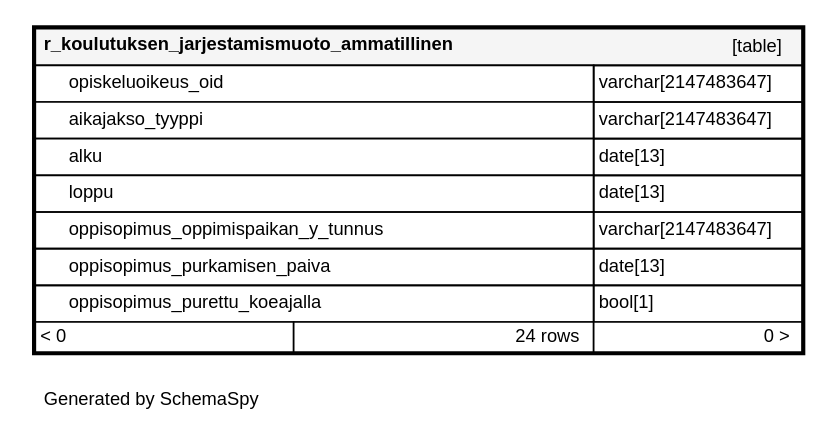
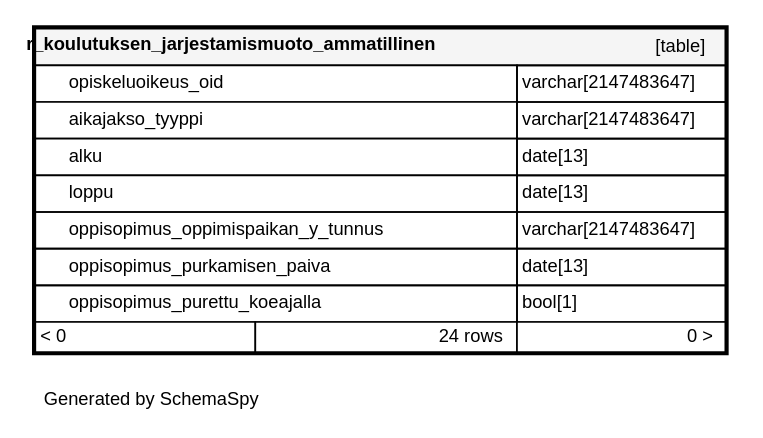
The diagram in documentation/tietokantaskeemat/koski-raportointikanta/diagrams/tables/r_koulutuksen_jarjestamismuoto__e7f45a0d.1degree.dot (Opetushallitus/koski), drawn with Graphviz before and after one commit. The commit also changed 248 other files, not shown here.

```diff
--- a/documentation/tietokantaskeemat/koski-raportointikanta/diagrams/tables/r_koulutuksen_jarjestamismuoto__e7f45a0d.1degree.dot
+++ b/documentation/tietokantaskeemat/koski-raportointikanta/diagrams/tables/r_koulutuksen_jarjestamismuoto__e7f45a0d.1degree.dot
@@ -1,20 +1,20 @@
 digraph "oneDegreeRelationshipsDiagram" {
   graph [    rankdir="RL"    bgcolor="#ffffff"    label="\nGenerated by SchemaSpy"    labeljust="l"    nodesep="0.18"    ranksep="0.46"    fontname="Helvetica"    fontsize="11"    ration="compress"  ];  node [    fontname="Helvetica"    fontsize="11"    shape="plaintext"  ];  edge [    arrowsize="0.8"  ];
   "r_koulutuksen_jarjestamismuoto_ammatillinen" [
    label=<
     <TABLE BORDER="2" CELLBORDER="1" CELLSPACING="0" BGCOLOR="#ffffff">
-      <TR><TD COLSPAN="4"  BGCOLOR="#f5f5f5"><TABLE BORDER="0" CELLSPACING="0"><TR><TD ALIGN="LEFT" FIXEDSIZE="TRUE" WIDTH="314" HEIGHT="16"><B>r_koulutuksen_jarjestamismuoto_ammatillinen</B></TD><TD ALIGN="RIGHT">[table]</TD></TR></TABLE></TD></TR>
-      <TR><TD PORT="opiskeluoikeus_oid" COLSPAN="2" BGCOLOR="#ffffff" ALIGN="LEFT"><TABLE BORDER="0" CELLSPACING="0" ALIGN="LEFT"><TR ALIGN="LEFT"><TD ALIGN="LEFT" FIXEDSIZE="TRUE" WIDTH="15" HEIGHT="16"></TD><TD ALIGN="LEFT" FIXEDSIZE="TRUE" WIDTH="314" HEIGHT="16">opiskeluoikeus_oid</TD></TR></TABLE></TD><TD PORT="opiskeluoikeus_oid.type" ALIGN="LEFT">varchar[2147483647]</TD></TR>
-      <TR><TD PORT="aikajakso_tyyppi" COLSPAN="2" BGCOLOR="#ffffff" ALIGN="LEFT"><TABLE BORDER="0" CELLSPACING="0" ALIGN="LEFT"><TR ALIGN="LEFT"><TD ALIGN="LEFT" FIXEDSIZE="TRUE" WIDTH="15" HEIGHT="16"></TD><TD ALIGN="LEFT" FIXEDSIZE="TRUE" WIDTH="314" HEIGHT="16">aikajakso_tyyppi</TD></TR></TABLE></TD><TD PORT="aikajakso_tyyppi.type" ALIGN="LEFT">varchar[2147483647]</TD></TR>
-      <TR><TD PORT="alku" COLSPAN="2" BGCOLOR="#ffffff" ALIGN="LEFT"><TABLE BORDER="0" CELLSPACING="0" ALIGN="LEFT"><TR ALIGN="LEFT"><TD ALIGN="LEFT" FIXEDSIZE="TRUE" WIDTH="15" HEIGHT="16"></TD><TD ALIGN="LEFT" FIXEDSIZE="TRUE" WIDTH="314" HEIGHT="16">alku</TD></TR></TABLE></TD><TD PORT="alku.type" ALIGN="LEFT">date[13]</TD></TR>
-      <TR><TD PORT="loppu" COLSPAN="2" BGCOLOR="#ffffff" ALIGN="LEFT"><TABLE BORDER="0" CELLSPACING="0" ALIGN="LEFT"><TR ALIGN="LEFT"><TD ALIGN="LEFT" FIXEDSIZE="TRUE" WIDTH="15" HEIGHT="16"></TD><TD ALIGN="LEFT" FIXEDSIZE="TRUE" WIDTH="314" HEIGHT="16">loppu</TD></TR></TABLE></TD><TD PORT="loppu.type" ALIGN="LEFT">date[13]</TD></TR>
-      <TR><TD PORT="oppisopimus_oppimispaikan_y_tunnus" COLSPAN="2" ALIGN="LEFT"><TABLE BORDER="0" CELLSPACING="0" ALIGN="LEFT"><TR ALIGN="LEFT"><TD ALIGN="LEFT" FIXEDSIZE="TRUE" WIDTH="15" HEIGHT="16"></TD><TD ALIGN="LEFT" FIXEDSIZE="TRUE" WIDTH="314" HEIGHT="16">oppisopimus_oppimispaikan_y_tunnus</TD></TR></TABLE></TD><TD PORT="oppisopimus_oppimispaikan_y_tunnus.type" ALIGN="LEFT">varchar[2147483647]</TD></TR>
-      <TR><TD PORT="oppisopimus_purkamisen_paiva" COLSPAN="2" ALIGN="LEFT"><TABLE BORDER="0" CELLSPACING="0" ALIGN="LEFT"><TR ALIGN="LEFT"><TD ALIGN="LEFT" FIXEDSIZE="TRUE" WIDTH="15" HEIGHT="16"></TD><TD ALIGN="LEFT" FIXEDSIZE="TRUE" WIDTH="314" HEIGHT="16">oppisopimus_purkamisen_paiva</TD></TR></TABLE></TD><TD PORT="oppisopimus_purkamisen_paiva.type" ALIGN="LEFT">date[13]</TD></TR>
-      <TR><TD PORT="oppisopimus_purettu_koeajalla" COLSPAN="2" ALIGN="LEFT"><TABLE BORDER="0" CELLSPACING="0" ALIGN="LEFT"><TR ALIGN="LEFT"><TD ALIGN="LEFT" FIXEDSIZE="TRUE" WIDTH="15" HEIGHT="16"></TD><TD ALIGN="LEFT" FIXEDSIZE="TRUE" WIDTH="314" HEIGHT="16">oppisopimus_purettu_koeajalla</TD></TR></TABLE></TD><TD PORT="oppisopimus_purettu_koeajalla.type" ALIGN="LEFT">bool[1]</TD></TR>
+      <TR><TD COLSPAN="4"  BGCOLOR="#f5f5f5"><TABLE BORDER="0" CELLSPACING="0"><TR><TD ALIGN="LEFT" FIXEDSIZE="TRUE" WIDTH="268" HEIGHT="16"><B>r_koulutuksen_jarjestamismuoto_ammatillinen</B></TD><TD ALIGN="RIGHT">[table]</TD></TR></TABLE></TD></TR>
+      <TR><TD PORT="opiskeluoikeus_oid" COLSPAN="2" BGCOLOR="#ffffff" ALIGN="LEFT"><TABLE BORDER="0" CELLSPACING="0" ALIGN="LEFT"><TR ALIGN="LEFT"><TD ALIGN="LEFT" FIXEDSIZE="TRUE" WIDTH="15" HEIGHT="16"></TD><TD ALIGN="LEFT" FIXEDSIZE="TRUE" WIDTH="268" HEIGHT="16">opiskeluoikeus_oid</TD></TR></TABLE></TD><TD PORT="opiskeluoikeus_oid.type" ALIGN="LEFT">varchar[2147483647]</TD></TR>
+      <TR><TD PORT="aikajakso_tyyppi" COLSPAN="2" BGCOLOR="#ffffff" ALIGN="LEFT"><TABLE BORDER="0" CELLSPACING="0" ALIGN="LEFT"><TR ALIGN="LEFT"><TD ALIGN="LEFT" FIXEDSIZE="TRUE" WIDTH="15" HEIGHT="16"></TD><TD ALIGN="LEFT" FIXEDSIZE="TRUE" WIDTH="268" HEIGHT="16">aikajakso_tyyppi</TD></TR></TABLE></TD><TD PORT="aikajakso_tyyppi.type" ALIGN="LEFT">varchar[2147483647]</TD></TR>
+      <TR><TD PORT="alku" COLSPAN="2" BGCOLOR="#ffffff" ALIGN="LEFT"><TABLE BORDER="0" CELLSPACING="0" ALIGN="LEFT"><TR ALIGN="LEFT"><TD ALIGN="LEFT" FIXEDSIZE="TRUE" WIDTH="15" HEIGHT="16"></TD><TD ALIGN="LEFT" FIXEDSIZE="TRUE" WIDTH="268" HEIGHT="16">alku</TD></TR></TABLE></TD><TD PORT="alku.type" ALIGN="LEFT">date[13]</TD></TR>
+      <TR><TD PORT="loppu" COLSPAN="2" BGCOLOR="#ffffff" ALIGN="LEFT"><TABLE BORDER="0" CELLSPACING="0" ALIGN="LEFT"><TR ALIGN="LEFT"><TD ALIGN="LEFT" FIXEDSIZE="TRUE" WIDTH="15" HEIGHT="16"></TD><TD ALIGN="LEFT" FIXEDSIZE="TRUE" WIDTH="268" HEIGHT="16">loppu</TD></TR></TABLE></TD><TD PORT="loppu.type" ALIGN="LEFT">date[13]</TD></TR>
+      <TR><TD PORT="oppisopimus_oppimispaikan_y_tunnus" COLSPAN="2" ALIGN="LEFT"><TABLE BORDER="0" CELLSPACING="0" ALIGN="LEFT"><TR ALIGN="LEFT"><TD ALIGN="LEFT" FIXEDSIZE="TRUE" WIDTH="15" HEIGHT="16"></TD><TD ALIGN="LEFT" FIXEDSIZE="TRUE" WIDTH="268" HEIGHT="16">oppisopimus_oppimispaikan_y_tunnus</TD></TR></TABLE></TD><TD PORT="oppisopimus_oppimispaikan_y_tunnus.type" ALIGN="LEFT">varchar[2147483647]</TD></TR>
+      <TR><TD PORT="oppisopimus_purkamisen_paiva" COLSPAN="2" ALIGN="LEFT"><TABLE BORDER="0" CELLSPACING="0" ALIGN="LEFT"><TR ALIGN="LEFT"><TD ALIGN="LEFT" FIXEDSIZE="TRUE" WIDTH="15" HEIGHT="16"></TD><TD ALIGN="LEFT" FIXEDSIZE="TRUE" WIDTH="268" HEIGHT="16">oppisopimus_purkamisen_paiva</TD></TR></TABLE></TD><TD PORT="oppisopimus_purkamisen_paiva.type" ALIGN="LEFT">date[13]</TD></TR>
+      <TR><TD PORT="oppisopimus_purettu_koeajalla" COLSPAN="2" ALIGN="LEFT"><TABLE BORDER="0" CELLSPACING="0" ALIGN="LEFT"><TR ALIGN="LEFT"><TD ALIGN="LEFT" FIXEDSIZE="TRUE" WIDTH="15" HEIGHT="16"></TD><TD ALIGN="LEFT" FIXEDSIZE="TRUE" WIDTH="268" HEIGHT="16">oppisopimus_purettu_koeajalla</TD></TR></TABLE></TD><TD PORT="oppisopimus_purettu_koeajalla.type" ALIGN="LEFT">bool[1]</TD></TR>
       <TR><TD ALIGN="LEFT" BGCOLOR="#ffffff">&lt; 0</TD><TD ALIGN="RIGHT" BGCOLOR="#ffffff">24 rows</TD><TD ALIGN="RIGHT" BGCOLOR="#ffffff">0 &gt;</TD></TR>
     </TABLE>>
     URL="../../tables/r_koulutuksen_jarjestamismuoto__e7f45a0d.html"
     target="_top"
     tooltip="r_koulutuksen_jarjestamismuoto_ammatillinen"
   ];
 }
```
